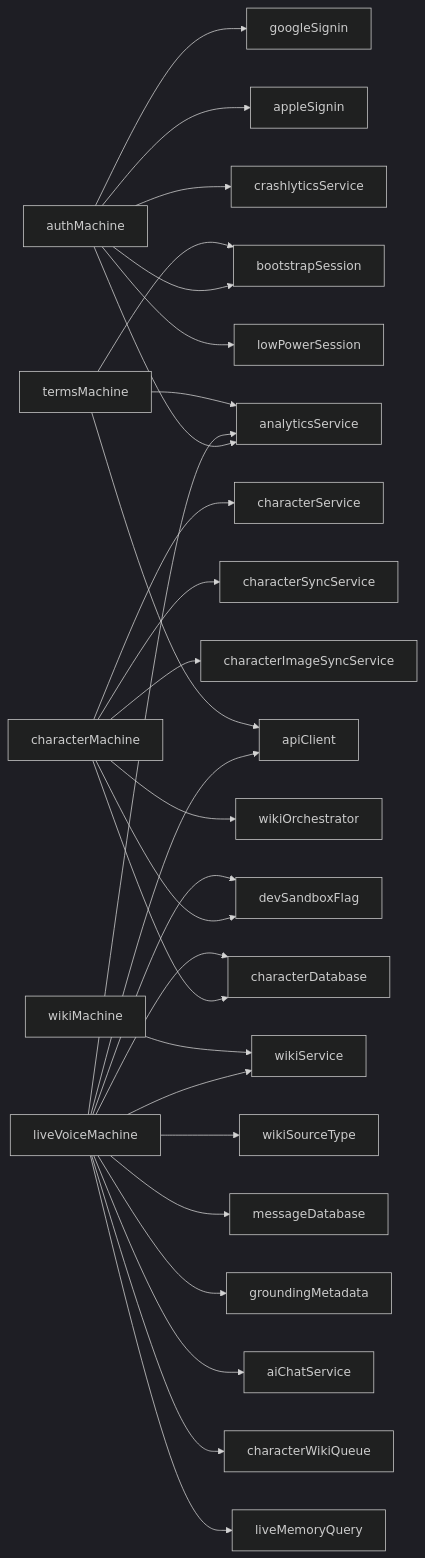
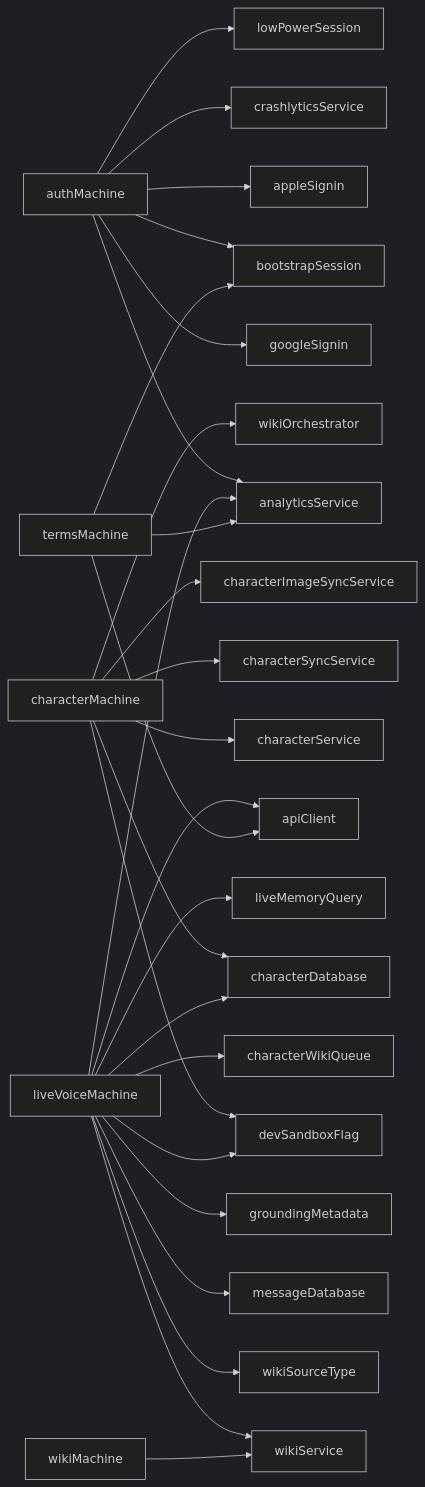
One commit to equationalapplications/clanker changed the diagram in docs/flowcharts/MACHINES.md. Above: the diagram before and after it, drawn with Mermaid (dark theme). The commit also changed 1 other file, not shown here.

Commit message:
docs(flowcharts): regenerate after the gifted-chat removal
Picks up the shape of the rewritten chat screen: ChatComposer.web is gone,
ChatView depends on useTabBarHeight instead of isSafeHttpUrl, and the
isSafeHttpUrl / linkifyUrls edges move to the components that now own them
(GroundingFooter, MessageText). Also drops a stale
liveVoiceMachine -> aiChatService edge.

````diff
--- a/docs/flowcharts/MACHINES.md
+++ b/docs/flowcharts/MACHINES.md
@@ -4,30 +4,29 @@
 ```mermaid
 graph LR
   authMachine --> googleSignin
   authMachine --> appleSignin
   authMachine --> bootstrapSession
   authMachine --> crashlyticsService
   authMachine --> analyticsService
   authMachine --> lowPowerSession
   characterMachine --> characterService
   characterMachine --> characterDatabase
   characterMachine --> characterSyncService
   characterMachine --> characterImageSyncService
   characterMachine --> wikiOrchestrator
   characterMachine --> devSandboxFlag
   liveVoiceMachine --> analyticsService
   liveVoiceMachine --> devSandboxFlag
   liveVoiceMachine --> wikiService
   liveVoiceMachine --> apiClient
   liveVoiceMachine --> wikiSourceType
   liveVoiceMachine --> messageDatabase
   liveVoiceMachine --> characterDatabase
   liveVoiceMachine --> groundingMetadata
-  liveVoiceMachine --> aiChatService
   liveVoiceMachine --> characterWikiQueue
   liveVoiceMachine --> liveMemoryQuery
   termsMachine --> apiClient
   termsMachine --> analyticsService
   termsMachine --> bootstrapSession
   wikiMachine --> wikiService
 ```
````
